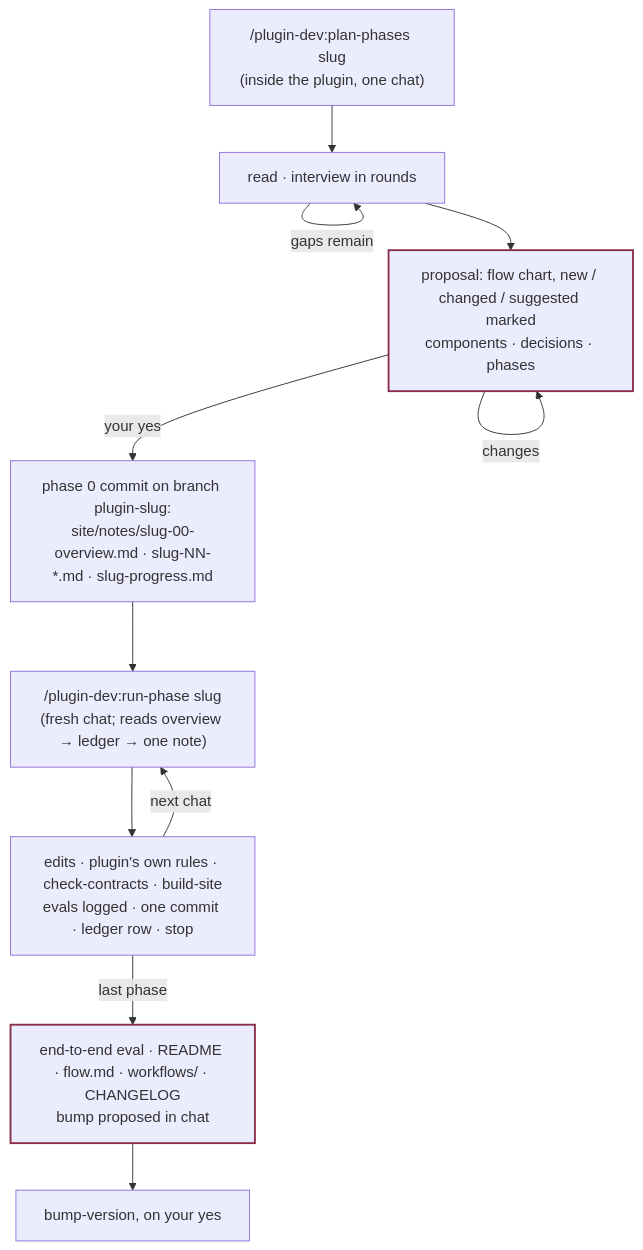
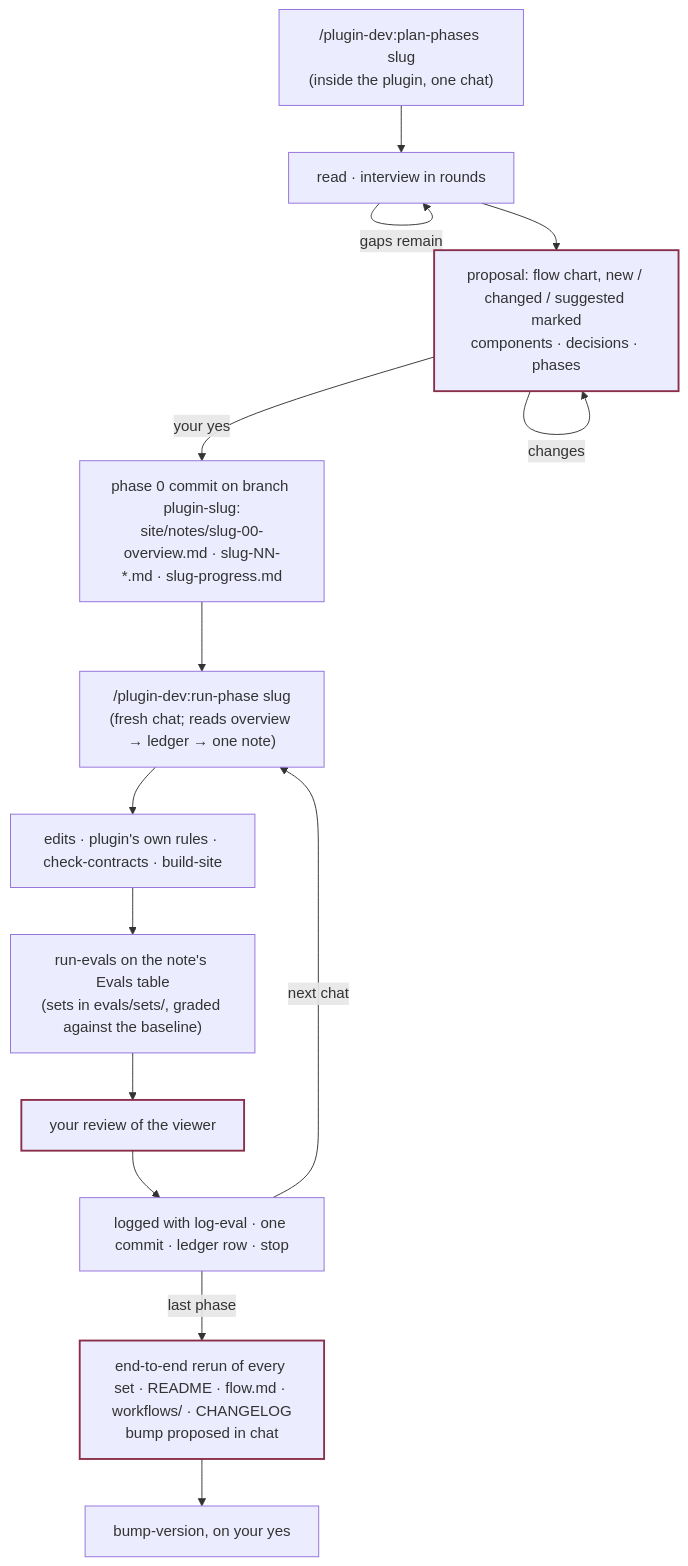
One commit to cott435/cott-plugins changed the diagram in plugin-dev/site/workflows/phased-change.md. Above: the diagram before and after it, drawn with Mermaid. The commit also changed other lines of this file and 12 other files, not shown here.

First line of the commit message:
plugin-dev 0.9-evals (phase 7): end-to-end evals, docs, 0.9.0 proposed

````diff
--- a/plugin-dev/site/workflows/phased-change.md
+++ b/plugin-dev/site/workflows/phased-change.md
@@ -7,15 +7,18 @@
 ```mermaid
 flowchart TD
   P["/plugin-dev:plan-phases slug<br/>(inside the plugin, one chat)"] --> I["read · interview in rounds"]
   I -->|gaps remain| I
   I --> A["proposal: flow chart, new / changed / suggested marked<br/>components · decisions · phases"]
   A -->|changes| A
   A -->|your yes| Z["phase 0 commit on branch plugin-slug:<br/>site/notes/slug-00-overview.md · slug-NN-*.md · slug-progress.md"]
   Z --> R["/plugin-dev:run-phase slug<br/>(fresh chat; reads overview → ledger → one note)"]
-  R --> E["edits · plugin's own rules · check-contracts · build-site<br/>evals logged · one commit · ledger row · stop"]
-  E -->|next chat| R
-  E -->|last phase| B["end-to-end eval · README · flow.md · workflows/ · CHANGELOG<br/>bump proposed in chat"]
+  R --> E["edits · plugin's own rules · check-contracts · build-site"]
+  E --> X["run-evals on the note's Evals table<br/>(sets in evals/sets/, graded against the baseline)"]
+  X --> Y["your review of the viewer"]
+  Y --> C["logged with log-eval · one commit · ledger row · stop"]
+  C -->|next chat| R
+  C -->|last phase| B["end-to-end rerun of every set · README · flow.md · workflows/ · CHANGELOG<br/>bump proposed in chat"]
   B --> V["bump-version, on your yes"]
   classDef stop stroke:#8a2f4a,stroke-width:2px;
-  class A,B stop;
+  class A,B,Y stop;
 ```
````
